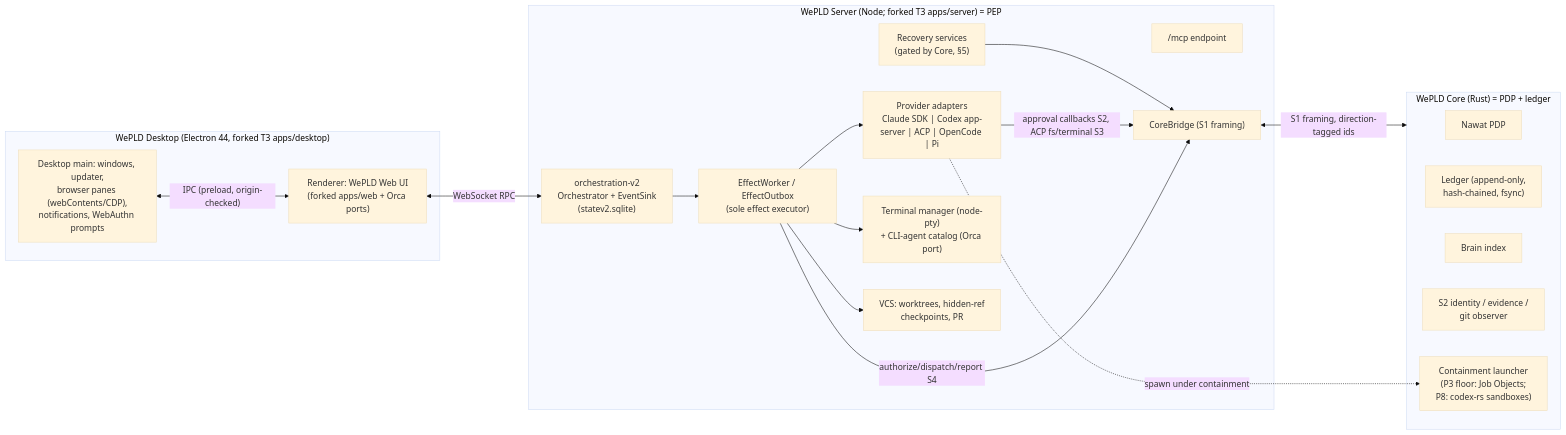
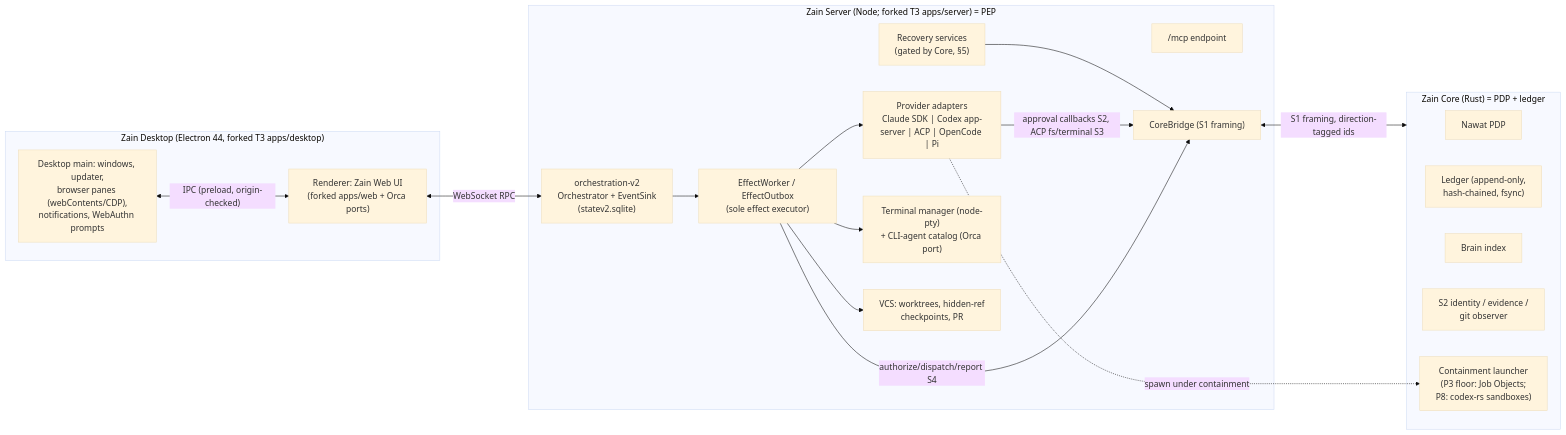
One commit to TheHalfMoon/Zain changed the diagram in specs/008-wepld-v3-unified-replan/07_TARGET_ARCHITECTURE_AND_UX.md. Above: the diagram before and after it, drawn with Mermaid (base theme). The commit also changed other lines of this file and 37 other files, not shown here.

First line of the commit message:
docs(zain): rename WePLD to Zain; add Code Review, Engineering System, Plan Mode, Browser, DeskGate plans

````diff
--- a/specs/008-wepld-v3-unified-replan/07_TARGET_ARCHITECTURE_AND_UX.md
+++ b/specs/008-wepld-v3-unified-replan/07_TARGET_ARCHITECTURE_AND_UX.md
@@ -12,34 +12,34 @@
 ```mermaid
 flowchart LR
-  subgraph Desktop["WePLD Desktop (Electron 44, forked T3 apps/desktop)"]
-    UI["Renderer: WePLD Web UI\n(forked apps/web + Orca ports)"]
+  subgraph Desktop["Zain Desktop (Electron 44, forked T3 apps/desktop)"]
+    UI["Renderer: Zain Web UI\n(forked apps/web + Orca ports)"]
     DM["Desktop main: windows, updater,\nbrowser panes (webContents/CDP),\nnotifications, WebAuthn prompts"]
   end
-  subgraph Server["WePLD Server (Node; forked T3 apps/server) = PEP"]
+  subgraph Server["Zain Server (Node; forked T3 apps/server) = PEP"]
     ORCH["orchestration-v2\nOrchestrator + EventSink\n(statev2.sqlite)"]
     EW["EffectWorker / EffectOutbox\n(sole effect executor)"]
     REC["Recovery services\n(gated by Core, §5)"]
     PROV["Provider adapters\nClaude SDK | Codex app-server | ACP | OpenCode | Pi"]
     TERM["Terminal manager (node-pty)\n+ CLI-agent catalog (Orca port)"]
     VCS["VCS: worktrees, hidden-ref\ncheckpoints, PR"]
     MCP["/mcp endpoint"]
     BRIDGE["CoreBridge (S1 framing)"]
   end
-  subgraph Core["WePLD Core (Rust) = PDP + ledger"]
+  subgraph Core["Zain Core (Rust) = PDP + ledger"]
     NAWAT["Nawat PDP"]
     LEDGER["Ledger (append-only,\nhash-chained, fsync)"]
     BRAIN["Brain index"]
     S2["S2 identity / evidence /\ngit observer"]
     SBX["Containment launcher\n(P3 floor: Job Objects;\nP8: codex-rs sandboxes)"]
   end
   UI <-- "WebSocket RPC" --> ORCH
   DM <-- "IPC (preload, origin-checked)" --> UI
   ORCH --> EW --> PROV
   EW --> VCS
   EW --> TERM
   REC --> BRIDGE
   PROV -- "approval callbacks S2, ACP fs/terminal S3" --> BRIDGE
   EW -- "authorize/dispatch/report S4" --> BRIDGE
   BRIDGE <-- "S1 framing, direction-tagged ids" --> Core
   PROV -. "spawn under containment" .-> SBX
 ```
````
